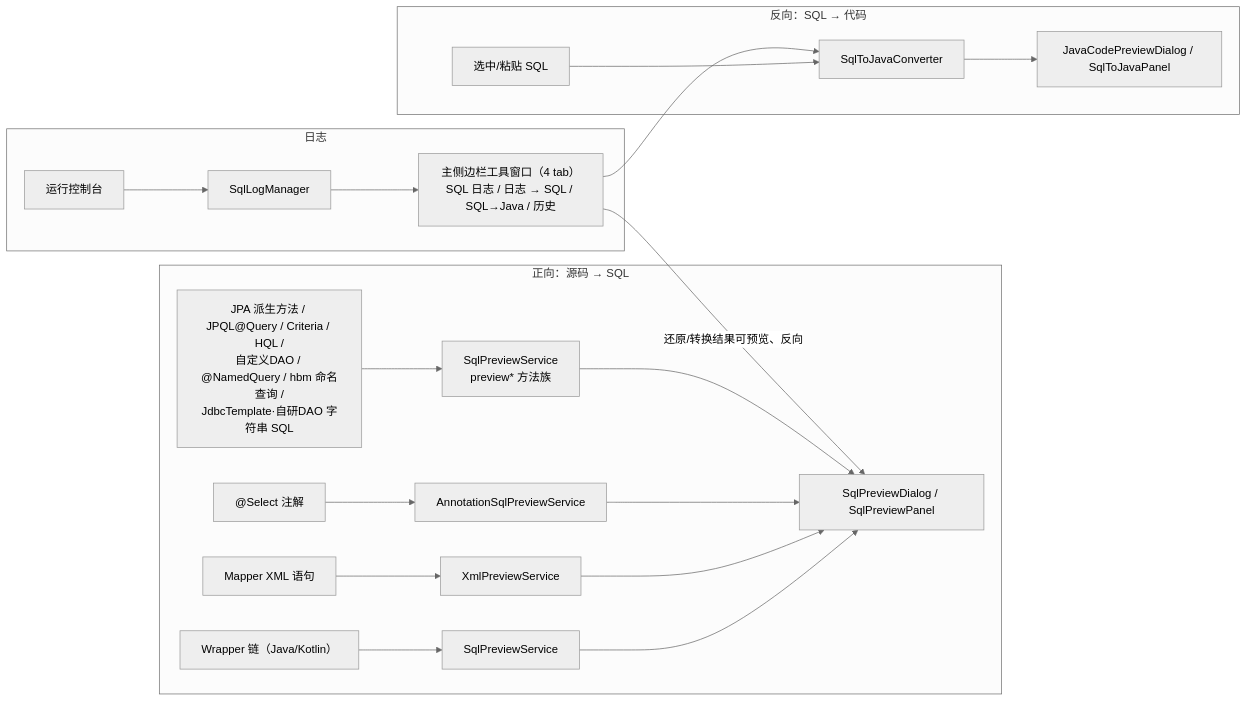
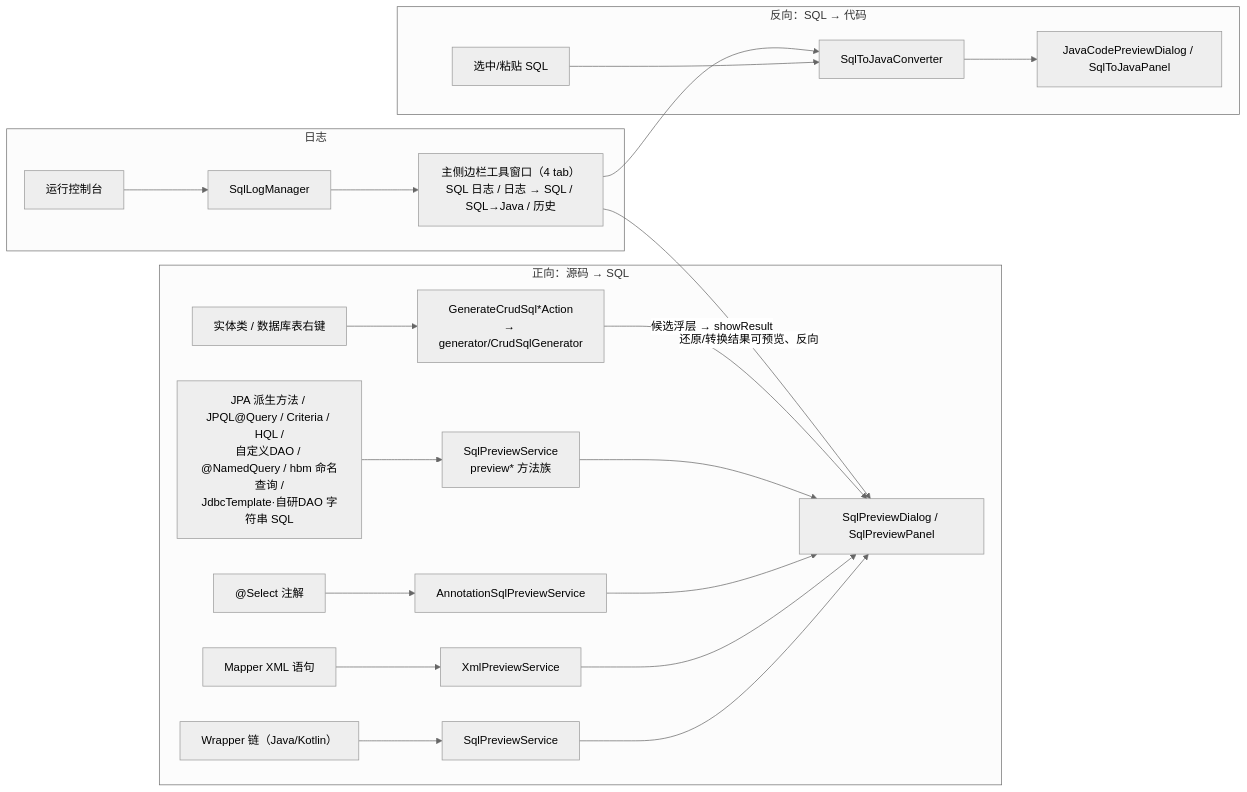
One commit to JayF211/mybatis-plus-sql-visualizer changed the first of 14 diagrams in docs/架构设计/02-核心流程详解.md. Above: the diagram before and after it, drawn with Mermaid (neutral theme). The commit also changed other lines of this file and 3 other files, not shown here.

````diff
--- a/docs/架构设计/02-核心流程详解.md
+++ b/docs/架构设计/02-核心流程详解.md
@@ -10,23 +10,25 @@
 ```mermaid
 flowchart LR
     subgraph 正向["正向：源码 → SQL"]
         P1["Wrapper 链（Java/Kotlin）"] --> P2["SqlPreviewService"]
         P3["Mapper XML 语句"] --> P4["XmlPreviewService"]
         P5["@Select 注解"] --> P6["AnnotationSqlPreviewService"]
         P8["JPA 派生方法 / JPQL@Query / Criteria / HQL /<br/>自定义DAO / @NamedQuery / hbm 命名查询 /<br/>JdbcTemplate·自研DAO 字符串 SQL"] --> P9["SqlPreviewService<br/>preview* 方法族"]
+        P10["实体类 / 数据库表右键"] --> P11["GenerateCrudSql*Action<br/>→ generator/CrudSqlGenerator"]
         P2 --> P7["SqlPreviewDialog / SqlPreviewPanel"]
         P4 --> P7
         P6 --> P7
         P9 --> P7
+        P11 -->|"候选浮层 → showResult"| P7
     end
     subgraph 反向["反向：SQL → 代码"]
         R1["选中/粘贴 SQL"] --> R2["SqlToJavaConverter"]
         R2 --> R3["JavaCodePreviewDialog / SqlToJavaPanel"]
     end
     subgraph 日志["日志"]
         L1["运行控制台"] --> L2["SqlLogManager"]
         L2 --> L3["主侧边栏工具窗口（4 tab）<br/>SQL 日志 / 日志 → SQL / SQL→Java / 历史"]
     end
     L3 -->|"还原/转换结果可预览、反向"| P7
     L3 --> R2
 ```
````
